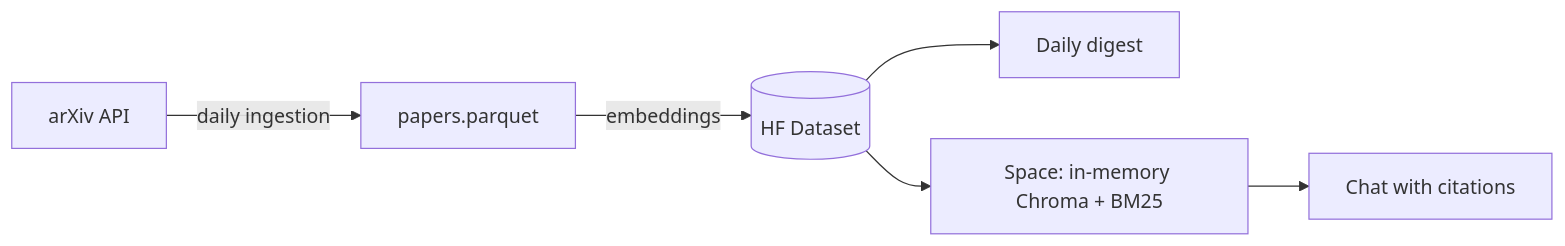
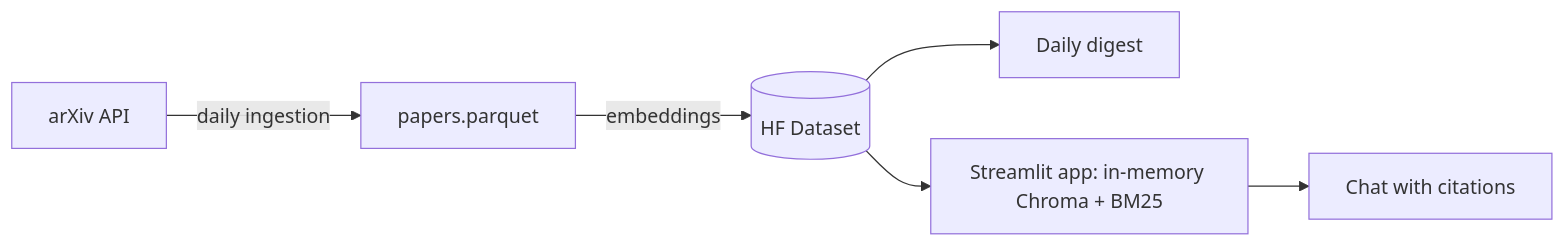
The diagram in README.md (guipeliceri/RAG-assistant-for-AI-research-papers), drawn with Mermaid before and after one commit. The commit also changed other lines of this file and 18 other files, not shown here.

First line of the commit message:
Move the app to Streamlit Community Cloud and drop torch

````diff
--- a/README.md
+++ b/README.md
@@ -19,8 +19,8 @@
 ```mermaid
 flowchart LR
     A[arXiv API] -->|daily ingestion| B[papers.parquet]
     B -->|embeddings| C[(HF Dataset)]
     C --> D[Daily digest]
-    C --> E[Space: in-memory Chroma + BM25]
+    C --> E[Streamlit app: in-memory Chroma + BM25]
     E --> F[Chat with citations]
 ```
````
